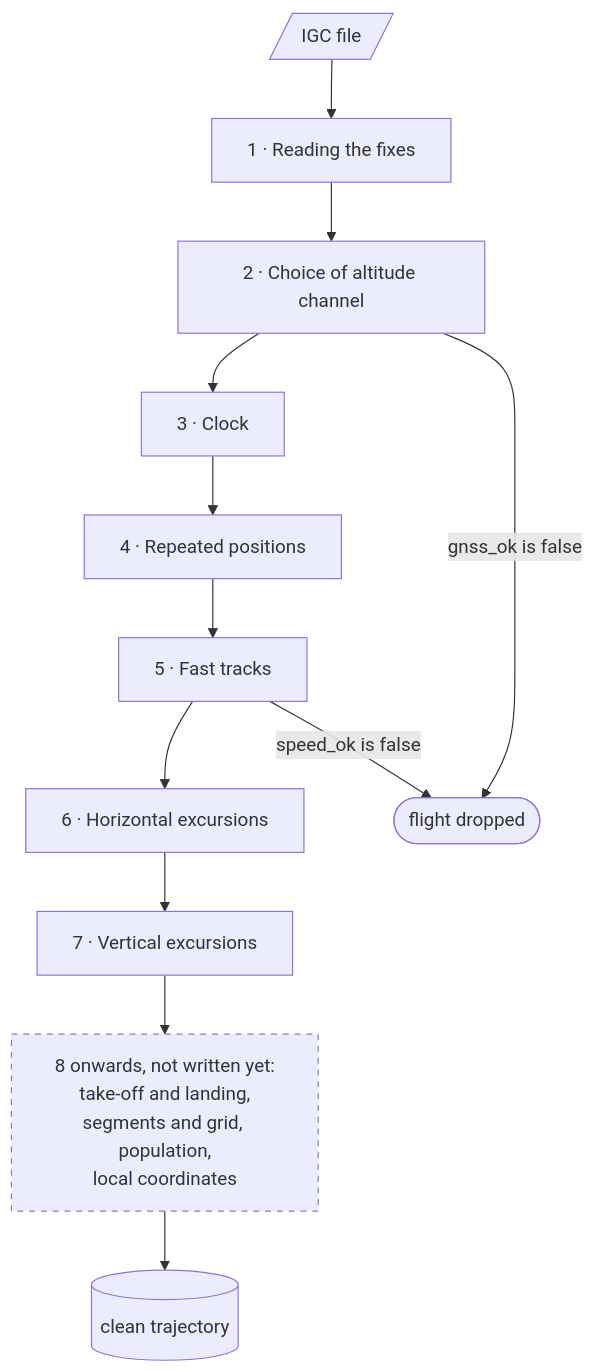
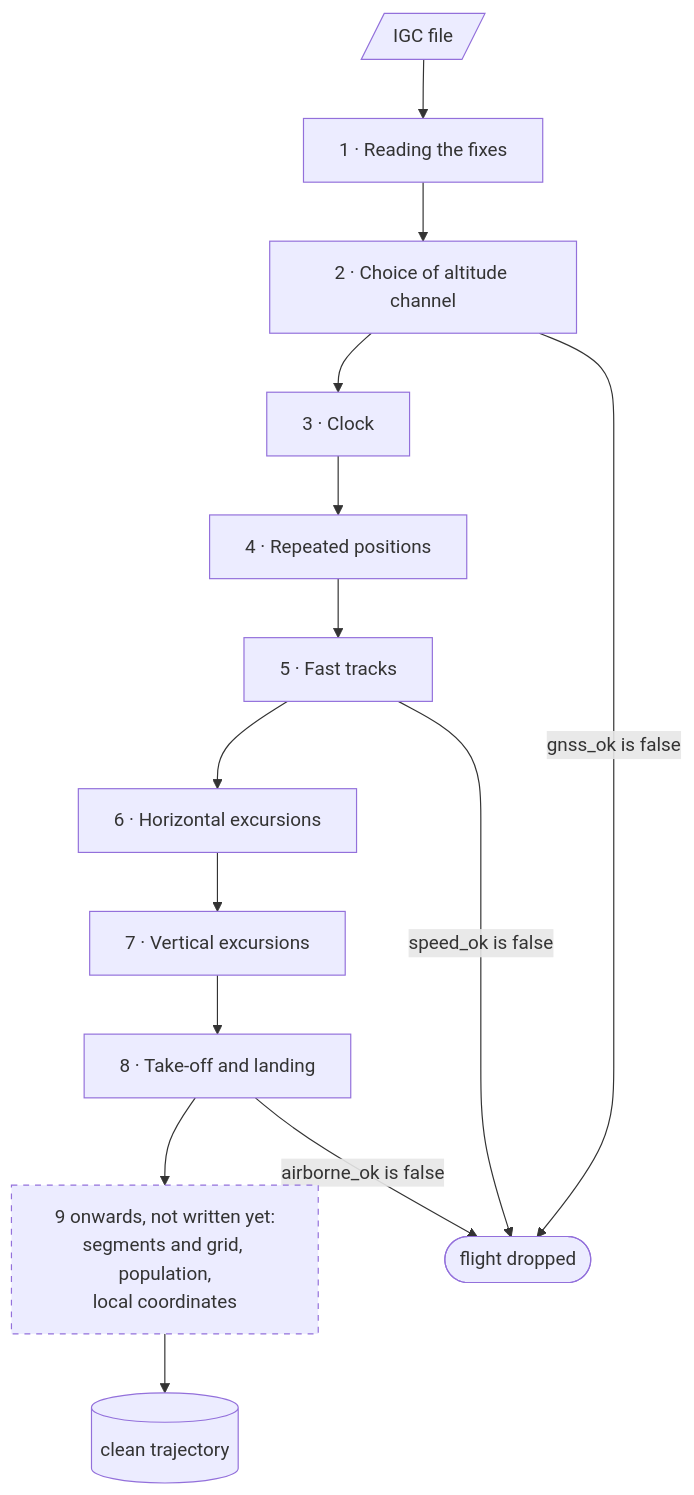
Before and after one commit to matteodisante/xc-dynamics: the diagram in docs/preprocessing.md, drawn with Mermaid. The commit also changed other lines of this file and 2 other files, not shown here.

First line of the commit message:
Document the take-off and landing rule in the docs

````diff
--- a/docs/preprocessing.md
+++ b/docs/preprocessing.md
@@ -10,21 +10,23 @@
 ```mermaid
 flowchart TD
     igc[/"IGC file"/]
     read["1 · Reading the fixes"]
     alt["2 · Choice of altitude channel"]
     clock["3 · Clock"]
     rep["4 · Repeated positions"]
     speed["5 · Fast tracks"]
     exc["6 · Horizontal excursions"]
     vert["7 · Vertical excursions"]
-    todo["8 onwards, not written yet:<br>take-off and landing,<br>segments and grid, population,<br>local coordinates"]
+    air["8 · Take-off and landing"]
+    todo["9 onwards, not written yet:<br>segments and grid, population,<br>local coordinates"]
     out[("clean trajectory")]
     drop(["flight dropped"])
 
-    igc --> read --> alt --> clock --> rep --> speed --> exc --> vert --> todo --> out
+    igc --> read --> alt --> clock --> rep --> speed --> exc --> vert --> air --> todo --> out
     alt -->|"gnss_ok is false"| drop
     speed -->|"speed_ok is false"| drop
+    air -->|"airborne_ok is false"| drop
 
     classDef pending stroke-dasharray: 5 5
     class todo pending
 ```
````
